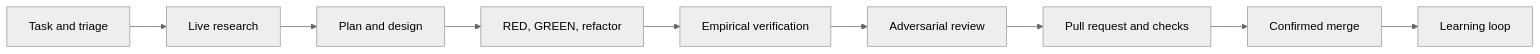
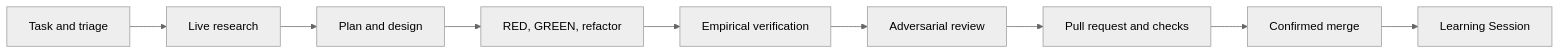
Before and after one commit to ShaftHQ/SHAFT_ENGINE: the diagram in chaos-engine/README.md, drawn with Mermaid (neutral theme). The commit also changed other lines of this file and 25 other files, not shown here.

Commit message:
fix(agents): make learning a terminal session

````diff
--- a/chaos-engine/README.md
+++ b/chaos-engine/README.md
@@ -48,13 +48,13 @@
 ```mermaid
 flowchart LR
     accTitle: ChaosEngine delivery loop
     accDescr: A task moves from triage and live research through planning, a test-driven change, independent review, verified delivery, and one durable learning decision.
     T[Task and triage] --> R[Live research]
     R --> P[Plan and design]
     P --> D[RED, GREEN, refactor]
     D --> V[Empirical verification]
     V --> A[Adversarial review]
     A --> G[Pull request and checks]
     G --> M[Confirmed merge]
-    M --> L[Learning loop]
+    M --> L[Learning Session]
 ```
````
